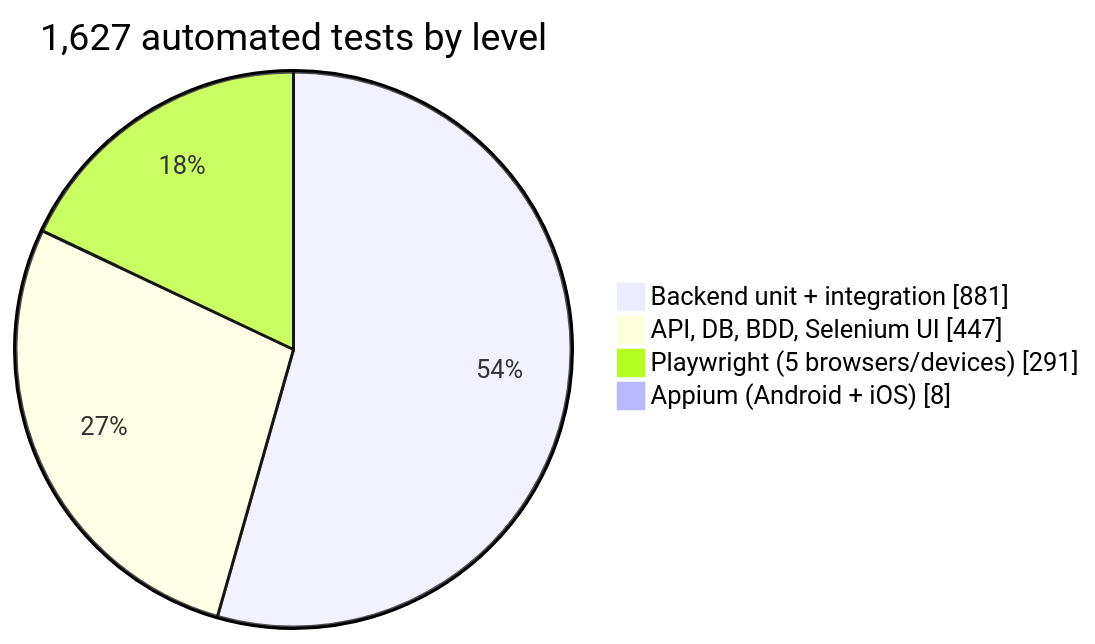
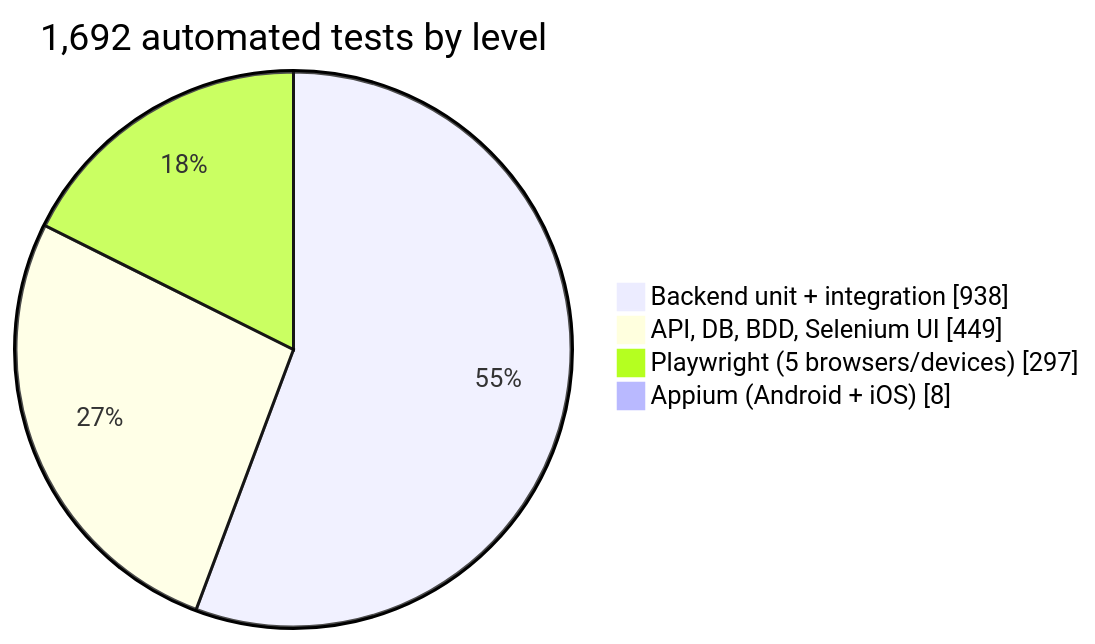
The first of 2 diagrams in README.md (rbchy/RbcTcsWorld), drawn with Mermaid before and after one commit. The commit also changed other lines of this file and 3 other files, not shown here.

````diff
--- a/README.md
+++ b/README.md
@@ -44,8 +44,8 @@
 ```mermaid
 pie showData
-    title 1,627 automated tests by level
-    "Backend unit + integration" : 881
-    "API, DB, BDD, Selenium UI" : 447
-    "Playwright (5 browsers/devices)" : 291
+    title 1,692 automated tests by level
+    "Backend unit + integration" : 938
+    "API, DB, BDD, Selenium UI" : 449
+    "Playwright (5 browsers/devices)" : 297
     "Appium (Android + iOS)" : 8
 ```
````
